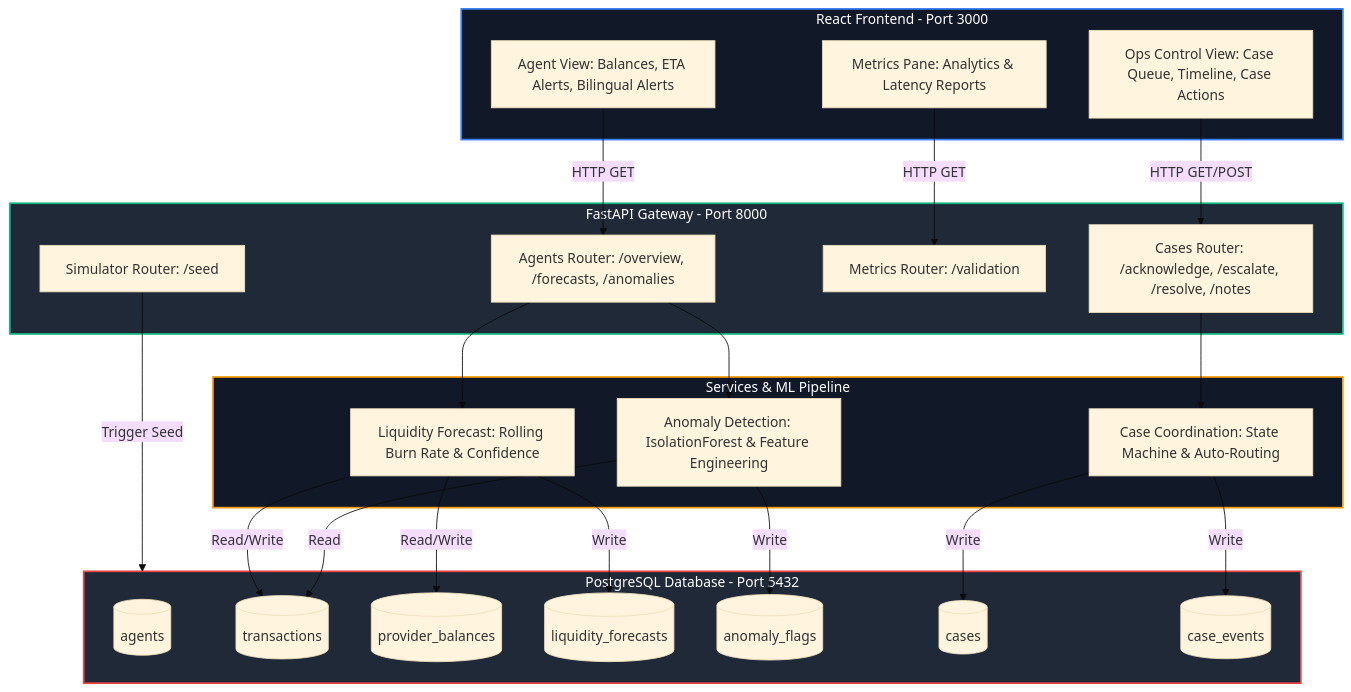
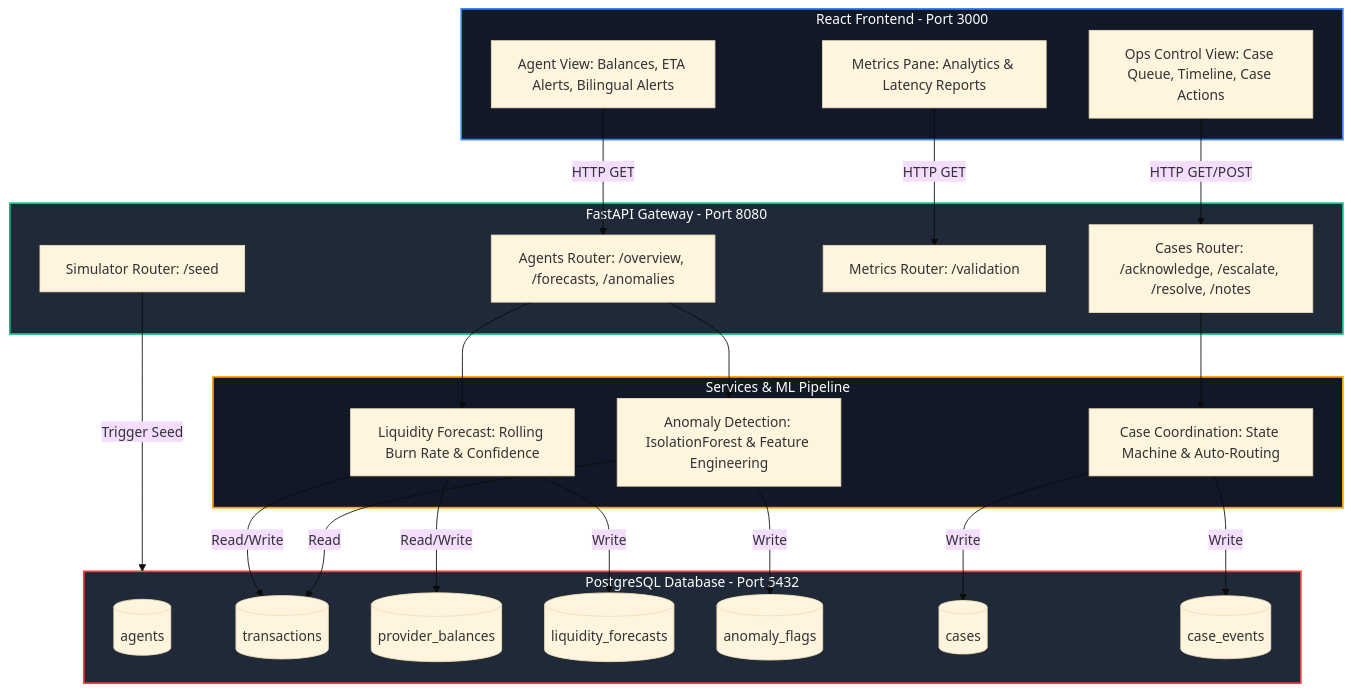
One commit to Farhadmu/Super-Agent-Liquidity-Risk-Intelligence-platform changed the diagram in docs/architecture-diagram.md. Above: the diagram before and after it, drawn with Mermaid (base theme). The commit also changed 15 other files, not shown here.

````diff
--- a/docs/architecture-diagram.md
+++ b/docs/architecture-diagram.md
@@ -11,61 +11,61 @@
 ```mermaid
 graph TD
     %% Frontend Layer
     subgraph Frontend [React Frontend - Port 3000]
         AV[Agent View: Balances, ETA Alerts, Bilingual Alerts]
         OV[Ops Control View: Case Queue, Timeline, Case Actions]
         MP[Metrics Pane: Analytics & Latency Reports]
     end
 
     %% Gateway Layer
-    subgraph API [FastAPI Gateway - Port 8000]
+    subgraph API [FastAPI Gateway - Port 8080]
         AR[Agents Router: /overview, /forecasts, /anomalies]
         CR[Cases Router: /acknowledge, /escalate, /resolve, /notes]
         MR[Metrics Router: /validation]
         SR[Simulator Router: /seed]
     end
 
     %% Processing Layer
     subgraph Processing [Services & ML Pipeline]
         LF[Liquidity Forecast: Rolling Burn Rate & Confidence]
         IF[Anomaly Detection: IsolationForest & Feature Engineering]
         CO[Case Coordination: State Machine & Auto-Routing]
     end
 
     %% Data Layer
     subgraph Data [PostgreSQL Database - Port 5432]
         DB_A[(agents)]
         DB_T[(transactions)]
         DB_B[(provider_balances)]
         DB_F[(liquidity_forecasts)]
         DB_AF[(anomaly_flags)]
         DB_C[(cases)]
         DB_E[(case_events)]
     end
 
     %% Connections
     AV -->|HTTP GET| AR
     OV -->|HTTP GET/POST| CR
     MP -->|HTTP GET| MR
     
     AR --> LF
     AR --> IF
     CR --> CO
     
     LF -->|Read/Write| DB_T
     LF -->|Read/Write| DB_B
     LF -->|Write| DB_F
     
     IF -->|Read| DB_T
     IF -->|Write| DB_AF
     
     CO -->|Write| DB_C
     CO -->|Write| DB_E
     
     SR -->|Trigger Seed| Data
     
     style Frontend fill:#111827,stroke:#3B82F6,stroke-width:2px,color:#fff
     style API fill:#1F2937,stroke:#10B981,stroke-width:2px,color:#fff
     style Processing fill:#111827,stroke:#F59E0B,stroke-width:2px,color:#fff
     style Data fill:#1F2937,stroke:#EF4444,stroke-width:2px,color:#fff
 ```
````
